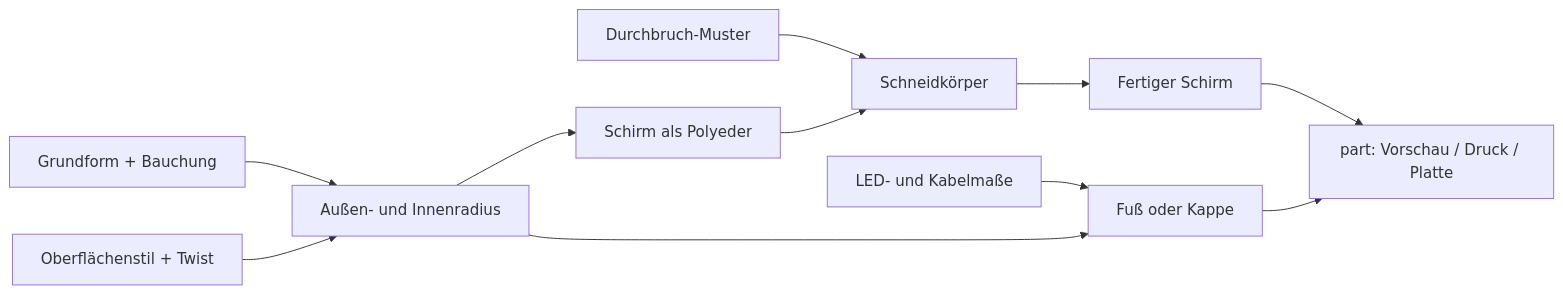
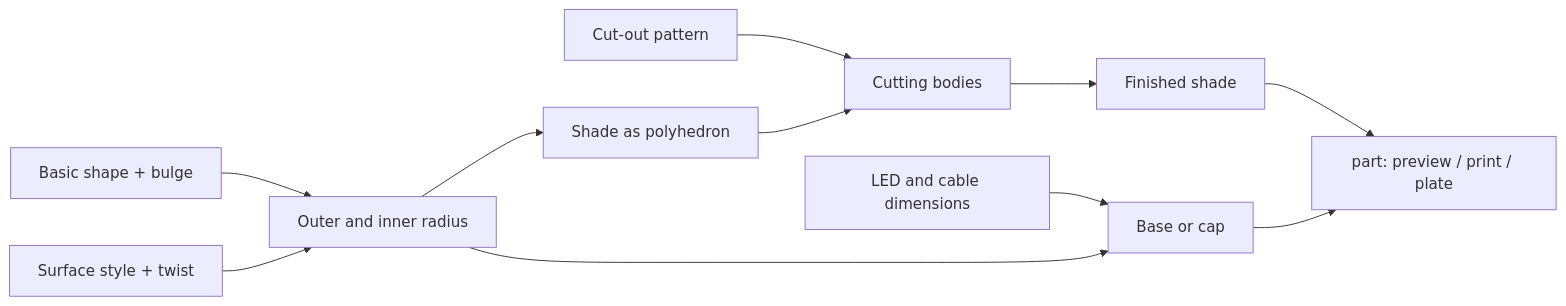
Before and after one commit to BetaHydri/parametric-cad-models: the diagram in models/parametric-lampshade/README.md, drawn with Mermaid. The commit also changed other lines of this file and 57 other files, not shown here.

````diff
--- a/models/parametric-lampshade/README.md
+++ b/models/parametric-lampshade/README.md
@@ -244,13 +245,13 @@
 ```mermaid
 flowchart LR
-    G[Grundform + Bauchung] --> R[Außen- und Innenradius]
-    S[Oberflächenstil + Twist] --> R
-    R --> P[Schirm als Polyeder]
-    O[Durchbruch-Muster] --> C[Schneidkörper]
+    G[Basic shape + bulge] --> R[Outer and inner radius]
+    S[Surface style + twist] --> R
+    R --> P[Shade as polyhedron]
+    O[Cut-out pattern] --> C[Cutting bodies]
     P --> C
-    C --> SH[Fertiger Schirm]
-    L[LED- und Kabelmaße] --> H[Fuß oder Kappe]
+    C --> SH[Finished shade]
+    L[LED and cable dimensions] --> H[Base or cap]
     R --> H
-    SH --> M[part: Vorschau / Druck / Platte]
+    SH --> M[part: preview / print / plate]
     H --> M
 ```
````
